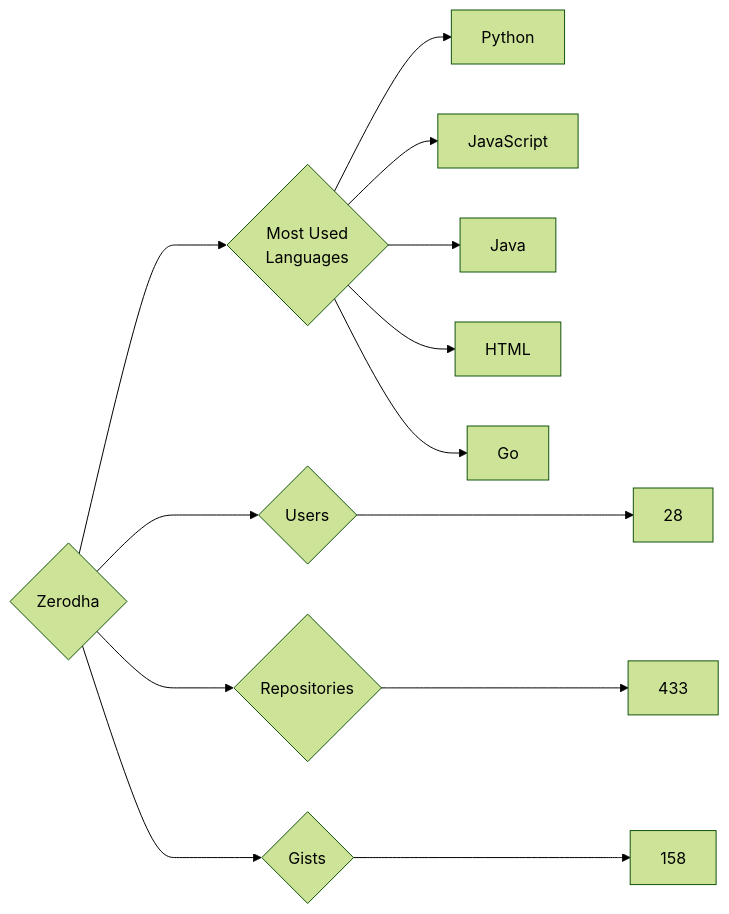
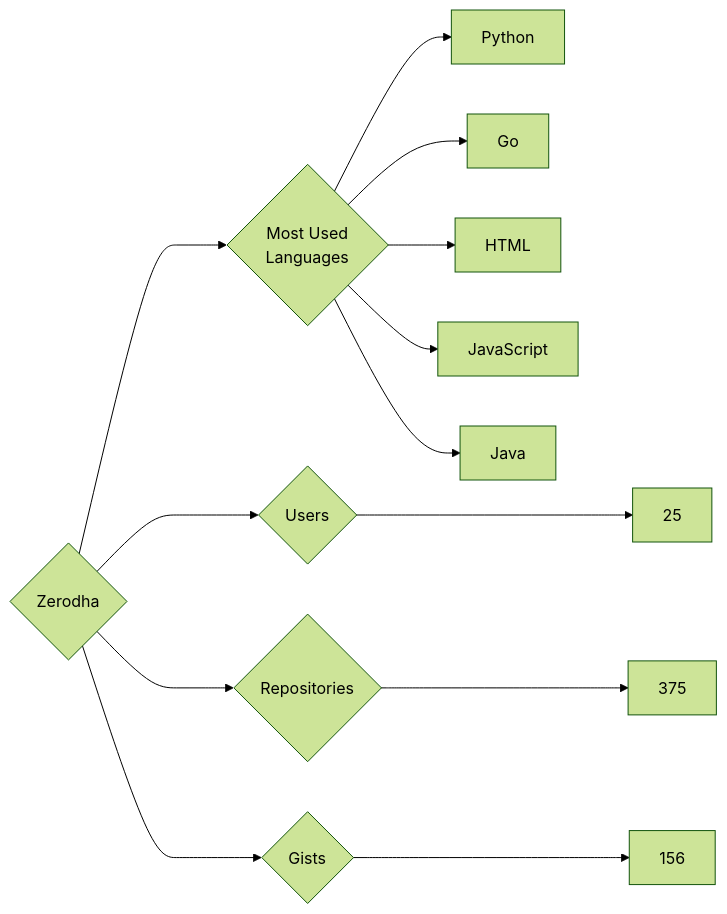
The diagram in targets/Zerodha/README.md (trickest/insiders), drawn with Mermaid (forest theme) before and after one commit. The commit also changed 851 other files, not shown here.

````diff
--- a/targets/Zerodha/README.md
+++ b/targets/Zerodha/README.md
@@ -3,13 +3,13 @@
 ```mermaid
 graph LR
 COMPANY_NAME{Zerodha}
-COMPANY_NAME ---> U{Users} ---> UN[28]
-COMPANY_NAME ---> R{Repositories} ---> RN[433]
-COMPANY_NAME ---> G{Gists} ---> GN[158]
+COMPANY_NAME ---> U{Users} ---> UN[25]
+COMPANY_NAME ---> R{Repositories} ---> RN[375]
+COMPANY_NAME ---> G{Gists} ---> GN[156]
 COMPANY_NAME ---> ML{Most Used<br>Languages}
 ML --> Python[Python]
+ML --> Go[Go]
+ML --> HTML[HTML]
 ML --> JavaScript[JavaScript]
 ML --> Java[Java]
-ML --> HTML[HTML]
-ML --> Go[Go]
 ```
````
